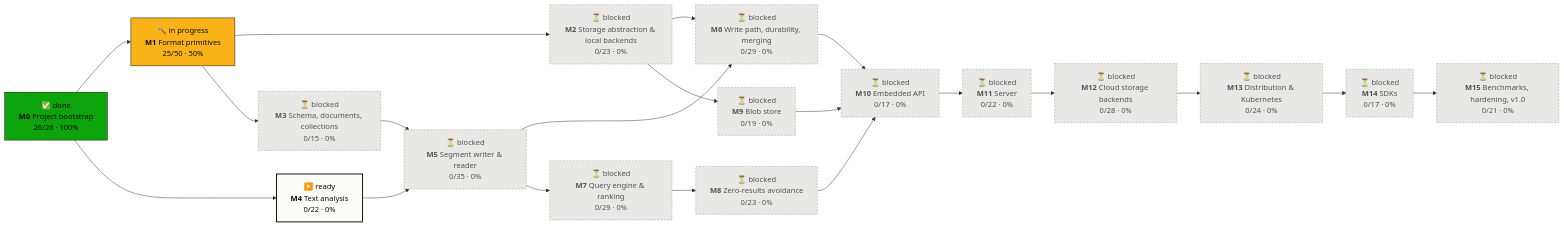
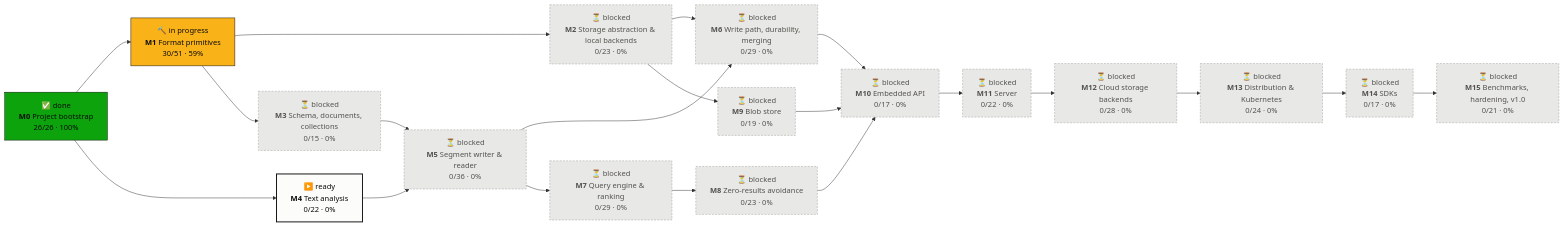
The first of 2 diagrams in PROGRESS.md (tomiok/persiaDB), drawn with Mermaid before and after one commit. The commit also changed other lines of this file and 7 other files, not shown here.

First line of the commit message:
fix(format): address batch review of 1.5.1-1.5.5; tick ROADMAP 1.5

````diff
--- a/PROGRESS.md
+++ b/PROGRESS.md
@@ -14,42 +14,42 @@
 ```mermaid
 flowchart LR
   M0["✅ done<br/><b>M0</b> Project bootstrap<br/>26/26 · 100%"]:::done
-  M1["🔨 in progress<br/><b>M1</b> Format primitives<br/>25/50 · 50%"]:::doing
+  M1["🔨 in progress<br/><b>M1</b> Format primitives<br/>30/51 · 59%"]:::doing
   M2["⏳ blocked<br/><b>M2</b> Storage abstraction & local backends<br/>0/23 · 0%"]:::blocked
   M3["⏳ blocked<br/><b>M3</b> Schema, documents, collections<br/>0/15 · 0%"]:::blocked
   M4["▶️ ready<br/><b>M4</b> Text analysis<br/>0/22 · 0%"]:::ready
-  M5["⏳ blocked<br/><b>M5</b> Segment writer & reader<br/>0/35 · 0%"]:::blocked
+  M5["⏳ blocked<br/><b>M5</b> Segment writer & reader<br/>0/36 · 0%"]:::blocked
   M6["⏳ blocked<br/><b>M6</b> Write path, durability, merging<br/>0/29 · 0%"]:::blocked
   M7["⏳ blocked<br/><b>M7</b> Query engine & ranking<br/>0/29 · 0%"]:::blocked
   M8["⏳ blocked<br/><b>M8</b> Zero-results avoidance<br/>0/23 · 0%"]:::blocked
   M9["⏳ blocked<br/><b>M9</b> Blob store<br/>0/19 · 0%"]:::blocked
   M10["⏳ blocked<br/><b>M10</b> Embedded API<br/>0/17 · 0%"]:::blocked
   M11["⏳ blocked<br/><b>M11</b> Server<br/>0/22 · 0%"]:::blocked
   M12["⏳ blocked<br/><b>M12</b> Cloud storage backends<br/>0/28 · 0%"]:::blocked
   M13["⏳ blocked<br/><b>M13</b> Distribution & Kubernetes<br/>0/24 · 0%"]:::blocked
   M14["⏳ blocked<br/><b>M14</b> SDKs<br/>0/17 · 0%"]:::blocked
   M15["⏳ blocked<br/><b>M15</b> Benchmarks, hardening, v1.0<br/>0/21 · 0%"]:::blocked
   M0 --> M1
   M1 --> M2
   M1 --> M3
   M0 --> M4
   M3 --> M5
   M4 --> M5
   M2 --> M6
   M5 --> M6
   M5 --> M7
   M7 --> M8
   M2 --> M9
   M6 --> M10
   M8 --> M10
   M9 --> M10
   M10 --> M11
   M11 --> M12
   M12 --> M13
   M13 --> M14
   M14 --> M15
   classDef done fill:#0ca30c,stroke:#0b0b0b,color:#0b0b0b
   classDef doing fill:#fab219,stroke:#0b0b0b,color:#0b0b0b
   classDef ready fill:#fcfcfb,stroke:#0b0b0b,stroke-width:2px,color:#0b0b0b
   classDef blocked fill:#e8e8e6,stroke:#9a9a96,stroke-dasharray:4 3,color:#52514e
 ```
````
